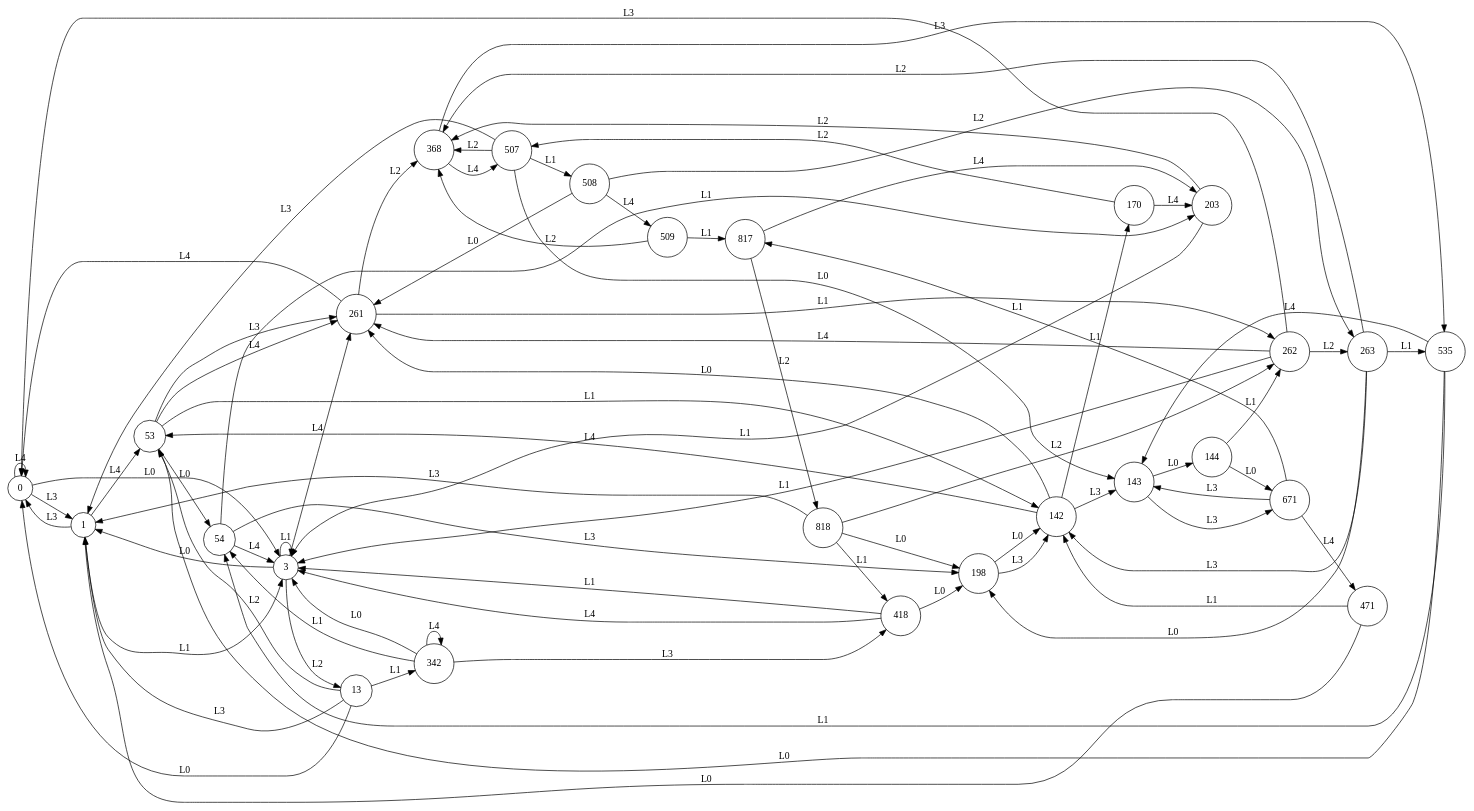
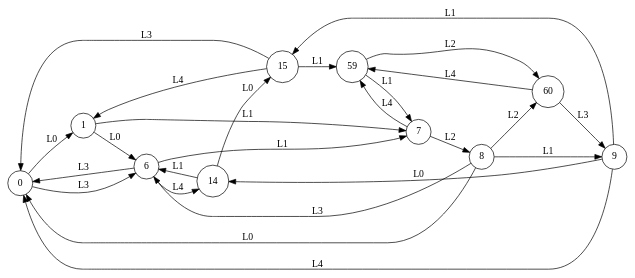
Before and after one commit to k85-ai/KB1: the diagram in learning_E0/learnt-automaton_10_2_5_2~7.dot, drawn with Graphviz. The commit also changed 808 other files, not shown here.

```diff
--- a/learning_E0/learnt-automaton_10_2_5_2~7.dot
+++ b/learning_E0/learnt-automaton_10_2_5_2~7.dot
@@ -1,107 +1,38 @@
 digraph learntMachine {
   rankdir=LR;
   0 [shape=circle, label="0"];
   1 [shape=circle, label="1"];
-  3 [shape=circle, label="3"];
-  13 [shape=circle, label="13"];
-  53 [shape=circle, label="53"];
-  54 [shape=circle, label="54"];
-  142 [shape=circle, label="142"];
-  143 [shape=circle, label="143"];
-  144 [shape=circle, label="144"];
-  170 [shape=circle, label="170"];
-  198 [shape=circle, label="198"];
-  203 [shape=circle, label="203"];
-  261 [shape=circle, label="261"];
-  262 [shape=circle, label="262"];
-  263 [shape=circle, label="263"];
-  342 [shape=circle, label="342"];
-  368 [shape=circle, label="368"];
-  418 [shape=circle, label="418"];
-  471 [shape=circle, label="471"];
-  507 [shape=circle, label="507"];
-  508 [shape=circle, label="508"];
-  509 [shape=circle, label="509"];
-  535 [shape=circle, label="535"];
-  671 [shape=circle, label="671"];
-  817 [shape=circle, label="817"];
-  818 [shape=circle, label="818"];
-  0 -> 1 [label="L3"];
-  1 -> 3 [label="L1"];
-  0 -> 3 [label="L0"];
-  3 -> 1 [label="L0"];
-  3 -> 3 [label="L1"];
-  13 -> 53 [label="L2"];
-  1 -> 53 [label="L4"];
-  53 -> 54 [label="L0"];
-  54 -> 3 [label="L4"];
-  1 -> 0 [label="L3"];
-  53 -> 142 [label="L1"];
-  142 -> 143 [label="L3"];
-  143 -> 144 [label="L0"];
-  144 -> 262 [label="L1"];
-  142 -> 170 [label="L1"];
-  170 -> 203 [label="L4"];
-  54 -> 198 [label="L3"];
-  198 -> 142 [label="L3"];
-  54 -> 203 [label="L1"];
-  203 -> 368 [label="L2"];
-  261 -> 262 [label="L1"];
-  262 -> 263 [label="L2"];
-  263 -> 198 [label="L0"];
-  262 -> 261 [label="L4"];
-  144 -> 671 [label="L0"];
-  13 -> 342 [label="L1"];
-  342 -> 342 [label="L4"];
-  263 -> 535 [label="L1"];
-  261 -> 368 [label="L2"];
-  198 -> 142 [label="L0"];
-  418 -> 3 [label="L1"];
-  471 -> 142 [label="L1"];
-  142 -> 53 [label="L4"];
-  368 -> 507 [label="L4"];
-  507 -> 508 [label="L1"];
-  508 -> 509 [label="L4"];
-  509 -> 817 [label="L1"];
-  368 -> 535 [label="L3"];
-  535 -> 143 [label="L4"];
-  507 -> 368 [label="L2"];
-  143 -> 671 [label="L3"];
-  671 -> 143 [label="L3"];
-  13 -> 1 [label="L3"];
-  817 -> 818 [label="L2"];
-  818 -> 418 [label="L1"];
-  509 -> 368 [label="L2"];
-  203 -> 3 [label="L1"];
-  508 -> 263 [label="L2"];
-  342 -> 3 [label="L0"];
-  13 -> 0 [label="L0"];
-  263 -> 142 [label="L3"];
-  170 -> 507 [label="L2"];
-  671 -> 471 [label="L4"];
-  263 -> 368 [label="L2"];
-  535 -> 54 [label="L1"];
-  3 -> 13 [label="L2"];
-  3 -> 261 [label="L4"];
-  535 -> 53 [label="L0"];
-  342 -> 54 [label="L1"];
-  418 -> 3 [label="L4"];
-  53 -> 261 [label="L4"];
-  53 -> 261 [label="L3"];
-  261 -> 0 [label="L4"];
-  262 -> 3 [label="L1"];
-  262 -> 0 [label="L3"];
-  671 -> 817 [label="L1"];
-  342 -> 418 [label="L3"];
-  142 -> 261 [label="L0"];
-  507 -> 143 [label="L0"];
-  507 -> 1 [label="L3"];
-  508 -> 261 [label="L0"];
-  817 -> 203 [label="L4"];
-  471 -> 1 [label="L0"];
-  818 -> 1 [label="L3"];
-  818 -> 262 [label="L2"];
-  818 -> 198 [label="L0"];
-  0 -> 0 [label="L4"];
-  418 -> 198 [label="L0"];
+  6 [shape=circle, label="6"];
+  7 [shape=circle, label="7"];
+  8 [shape=circle, label="8"];
+  9 [shape=circle, label="9"];
+  14 [shape=circle, label="14"];
+  15 [shape=circle, label="15"];
+  59 [shape=circle, label="59"];
+  60 [shape=circle, label="60"];
+  0 -> 1 [label="L0"];
+  1 -> 6 [label="L0"];
+  0 -> 6 [label="L3"];
+  6 -> 7 [label="L1"];
+  7 -> 8 [label="L2"];
+  8 -> 9 [label="L1"];
+  9 -> 0 [label="L4"];
+  6 -> 14 [label="L4"];
+  14 -> 15 [label="L0"];
+  15 -> 1 [label="L4"];
+  6 -> 0 [label="L3"];
+  7 -> 59 [label="L4"];
+  59 -> 60 [label="L2"];
+  60 -> 59 [label="L4"];
+  59 -> 7 [label="L1"];
+  1 -> 7 [label="L1"];
+  14 -> 6 [label="L1"];
+  15 -> 59 [label="L1"];
+  60 -> 9 [label="L3"];
+  15 -> 0 [label="L3"];
+  8 -> 6 [label="L3"];
+  8 -> 60 [label="L2"];
+  8 -> 0 [label="L0"];
+  9 -> 14 [label="L0"];
+  9 -> 15 [label="L1"];
 }
```
